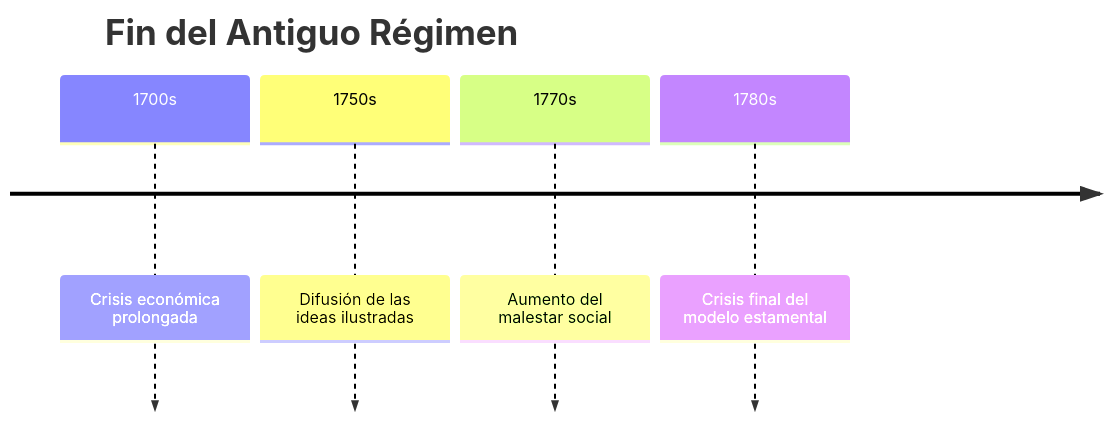
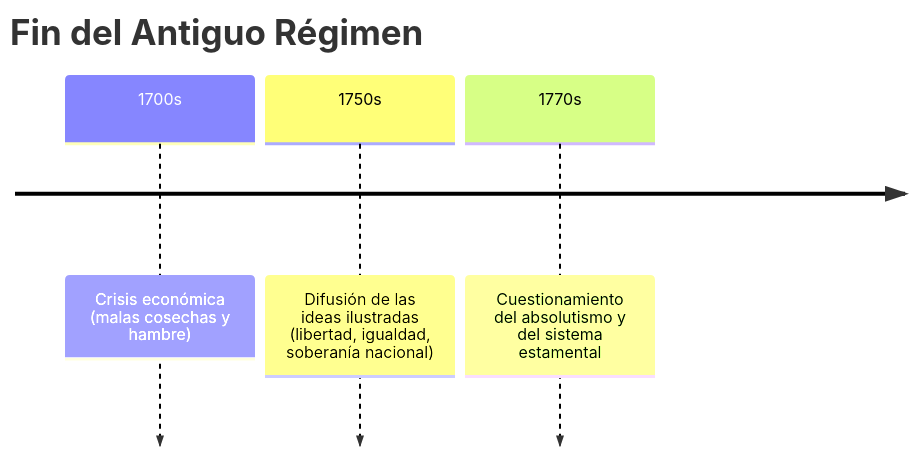
The second of 10 diagrams in Historia y Geografia/Tema2. Las revoluciones liberales.md (ajab138/OscarColegio), drawn with Mermaid before and after one commit. The commit also changed other lines of this file, not shown here.

````diff
--- a/Historia y Geografia/Tema2. Las revoluciones liberales.md
+++ b/Historia y Geografia/Tema2. Las revoluciones liberales.md
@@ -24,8 +14,7 @@
 ```mermaid
 timeline
   title Fin del Antiguo Régimen
-  1700s : Crisis económica prolongada  
-  1750s : Difusión de las ideas ilustradas  
-  1770s : Aumento del malestar social  
-  1780s : Crisis final del modelo estamental 
+  1700s : Crisis económica (malas cosechas y hambre) 
+  1750s : Difusión de las ideas ilustradas (libertad, igualdad, soberanía nacional) 
+  1770s : Cuestionamiento del absolutismo y del sistema estamental 
 ```
````
